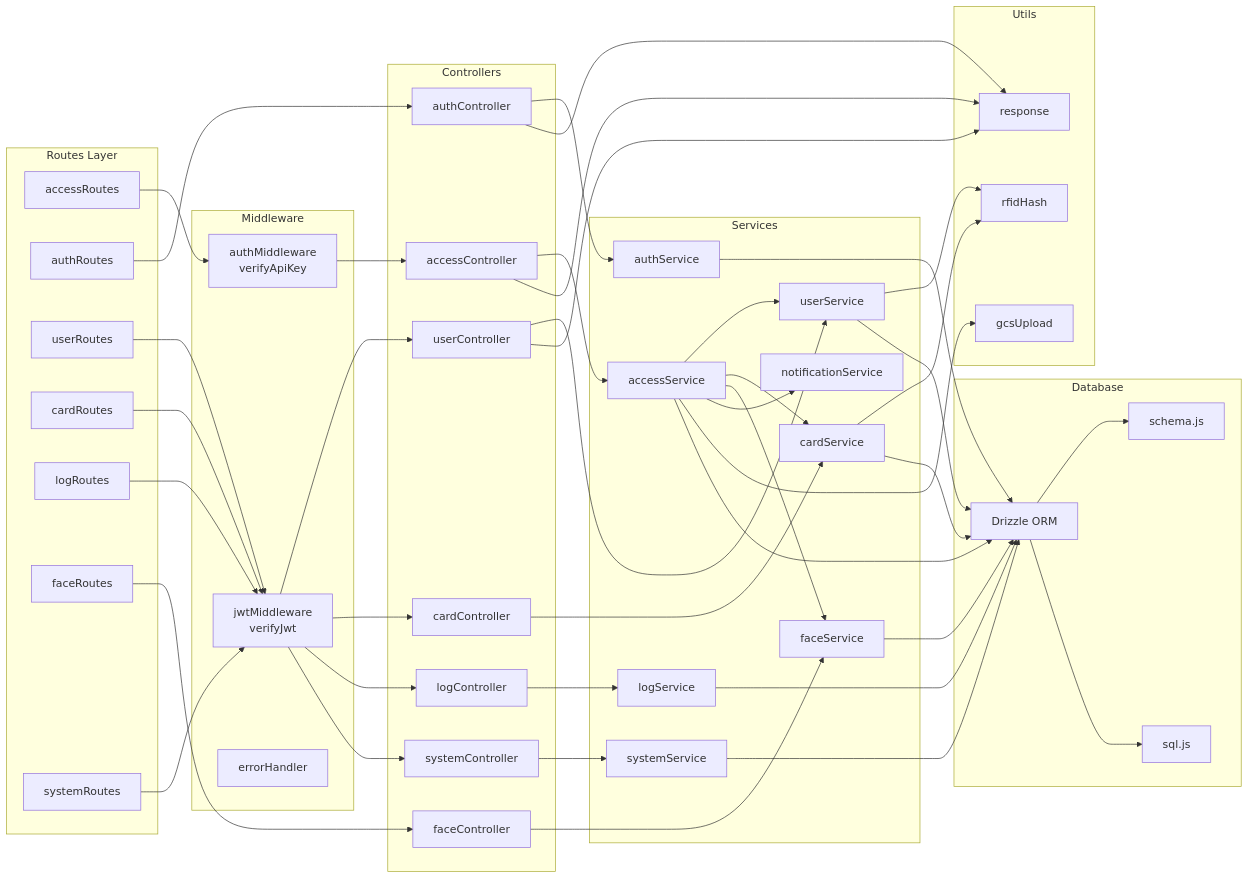
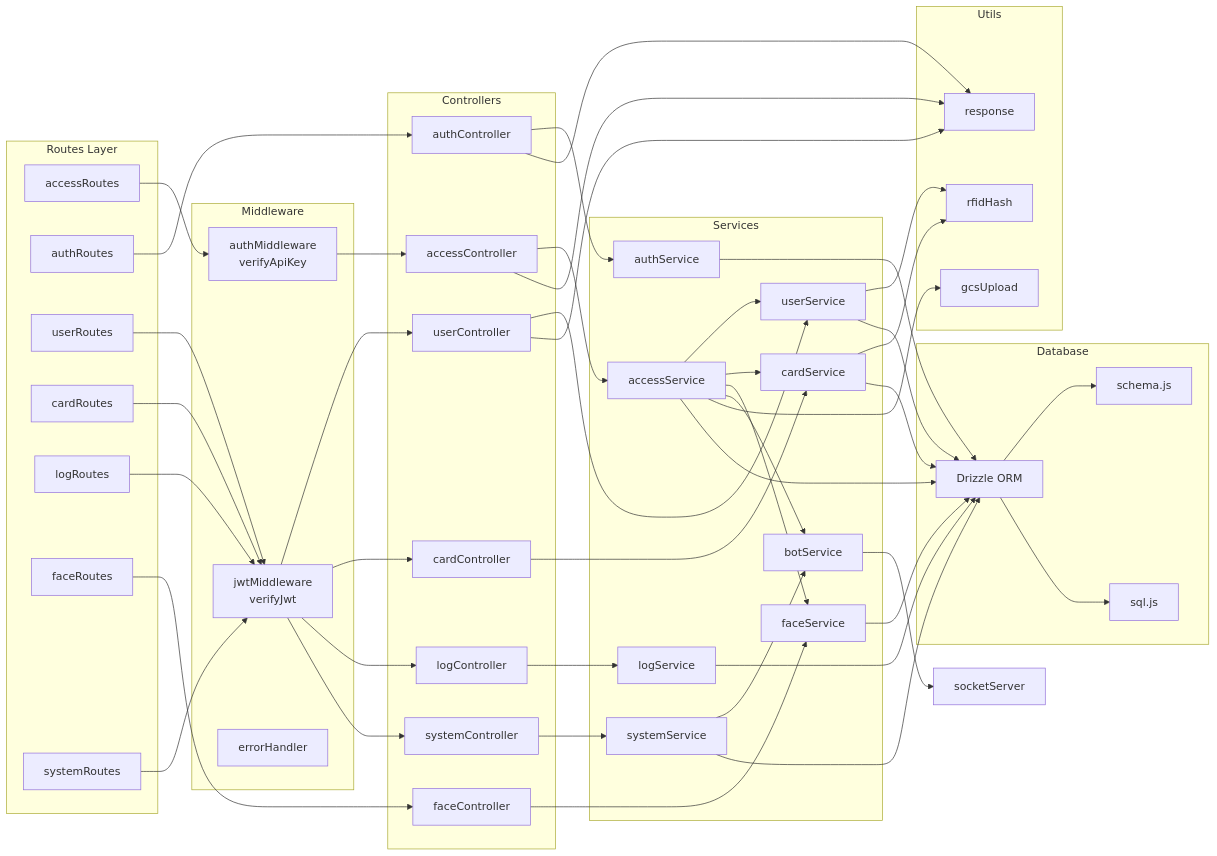
Before and after one commit to Vereniaes/smart-room-access-backend: the eighth of 9 diagrams in README.md, drawn with Mermaid. The commit also changed other lines of this file and 9 other files, not shown here.

```diff
--- a/README.md
+++ b/README.md
@@ -574,7 +575,7 @@
         S_CRD[cardService]
         S_LOG[logService]
         S_FACE[faceService]
-        S_NOT[notificationService]
+        S_NOT[botService]
         S_SYS[systemService]
     end
 
@@ -603,6 +604,8 @@
     S_ACC --> S_FACE
     S_ACC --> S_NOT
     S_ACC --> GCS
+    S_NOT --> SK[socketServer]
+    S_SYS --> S_NOT
 
     S_CRD --> HASH
     S_USR --> HASH
```
